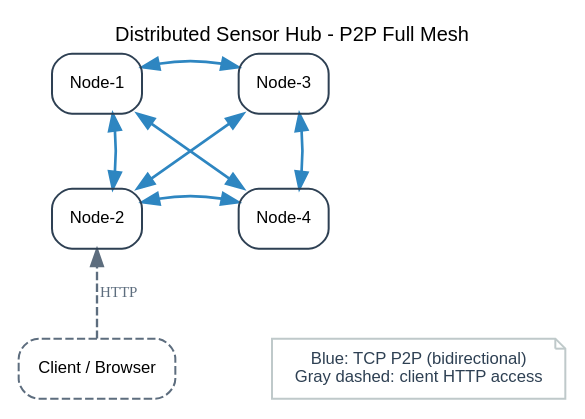
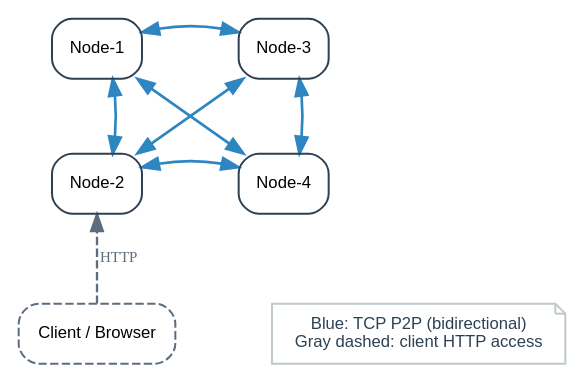
Before and after one commit to AlexSantini10/distributed-sensor-hub: the diagram in docs/diagrams/src/distributed-system-architecture.dot, drawn with Graphviz. The commit also changed 1 other file, not shown here.

Commit message:
docs: :memo: removed title from graphs

```diff
--- a/docs/diagrams/src/distributed-system-architecture.dot
+++ b/docs/diagrams/src/distributed-system-architecture.dot
@@ -1,75 +1,73 @@
 digraph DistributedSystemArchitecture {
   graph [
     layout=dot,
     rankdir=TB,
     splines=true,
     compound=true,
     newrank=true,
     outputorder=edgesfirst,
     bgcolor="white",
     fontname="Helvetica",
     fontsize=12,
-    labelloc="t",
-    label="Distributed Sensor Hub - P2P Full Mesh",
     nodesep=0.40,
     ranksep=0.60
   ];
 
   node [
     shape=box,
     style="rounded",
     fontname="Helvetica",
     fontsize=10,
     color="#2E4053",
     penwidth=1.2
   ];
 
   edge [
     color="#2E86C1",
     penwidth=1.6,
     style=solid,
     dir=both,
     arrowhead=normal,
     arrowtail=normal
   ];
 
   node1 [label="Node-1"];
   node2 [label="Node-2"];
   node3 [label="Node-3"];
   node4 [label="Node-4"];
   client [label="Client / Browser", color="#5D6D7E", style="rounded,dashed"];
 
   { rank=same; node1; node3; }
   { rank=same; node2; node4; }
 
   node1 -> node2 [style=invis, constraint=true];
   node3 -> node4 [style=invis, constraint=true];
   node1 -> node3 [style=invis, constraint=true];
   node2 -> node4 [style=invis, constraint=true];
 
   node1 -> node2;
   node1 -> node3;
   node1 -> node4;
   node2 -> node3;
   node2 -> node4;
   node3 -> node4;
 
   client -> node2 [
     dir=forward,
     arrowhead=normal,
     arrowtail=none,
     style="dashed",
     penwidth=1.4,
     color="#5D6D7E",
     label="HTTP",
     fontcolor="#5D6D7E",
     fontsize=9
   ];
 
   legend [shape=note, style="rounded", color="#BFC9CA", fontcolor="#2E4053",
     label="Blue: TCP P2P (bidirectional)\nGray dashed: client HTTP access"
   ];
 
   { rank=sink; client; legend; }
   client -> legend [style=invis, constraint=true];
 }
```
